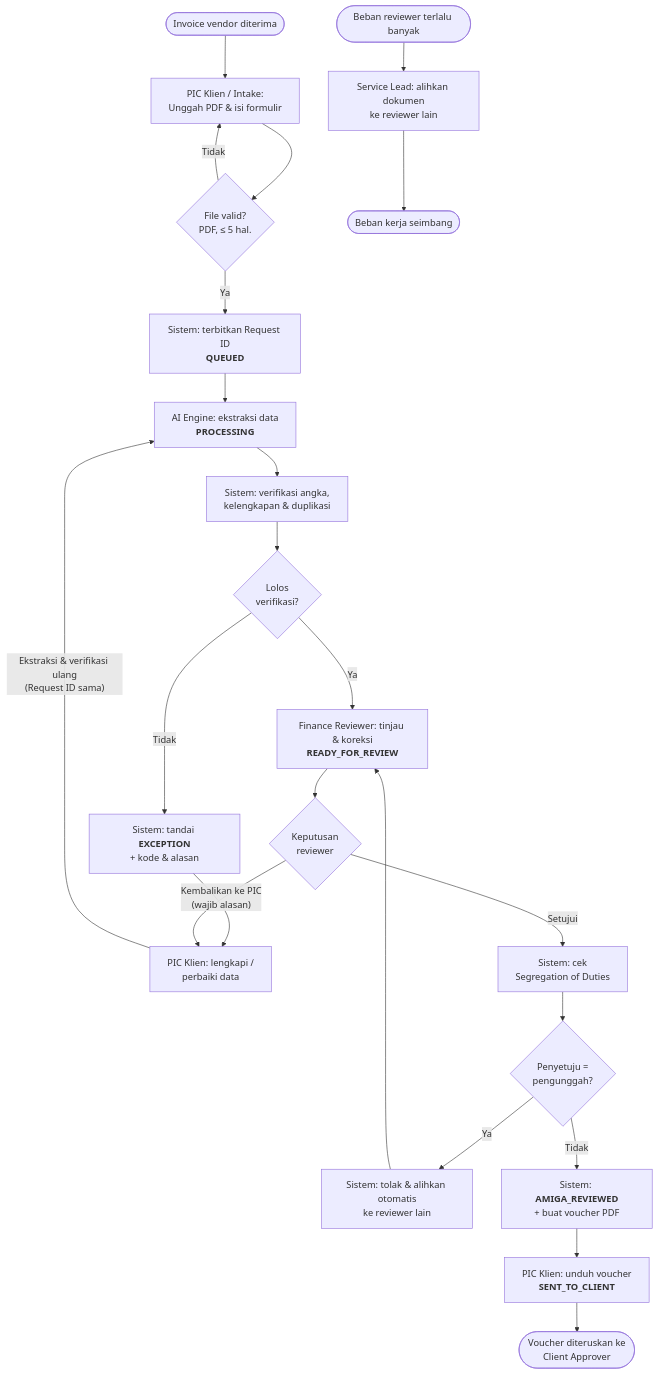
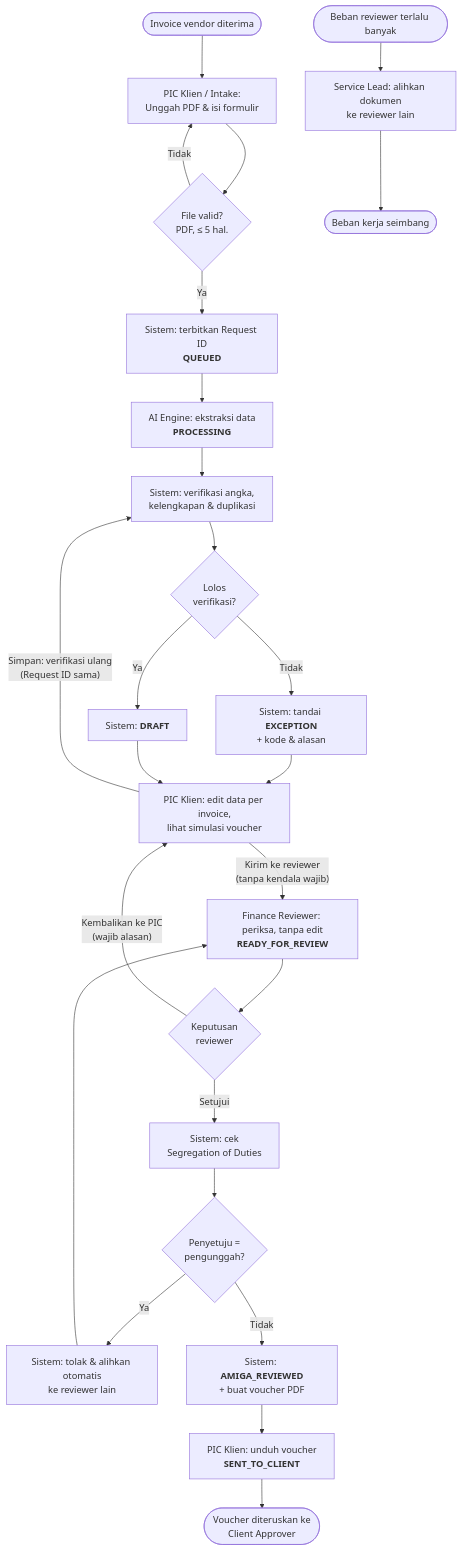
The diagram in README.md (halvrenvaire/AMIGA-ADMIN-ROBOT-TIM11-), drawn with Mermaid before and after one commit. The commit also changed other lines of this file and 25 other files, not shown here.

First line of the commit message:
feat: Tahap 3 feedback owner - alur draf, edit per invoice oleh PIC, simulasi voucher

````diff
--- a/README.md
+++ b/README.md
@@ -60,25 +60,26 @@
 ```mermaid
 flowchart TD
     S1([Invoice vendor diterima]) --> T1[PIC Klien / Intake:<br/>Unggah PDF & isi formulir]
     T1 --> G1{File valid?<br/>PDF, ≤ 5 hal.}
     G1 -- Tidak --> T1
     G1 -- Ya --> T2[Sistem: terbitkan Request ID<br/><b>QUEUED</b>]
     T2 --> T3[AI Engine: ekstraksi data<br/><b>PROCESSING</b>]
     T3 --> T4[Sistem: verifikasi angka,<br/>kelengkapan & duplikasi]
     T4 --> G2{Lolos<br/>verifikasi?}
     G2 -- Tidak --> T5[Sistem: tandai <b>EXCEPTION</b><br/>+ kode & alasan]
-    T5 --> T6[PIC Klien: lengkapi /<br/>perbaiki data]
-    T6 -- "Ekstraksi & verifikasi ulang<br/>(Request ID sama)" --> T3
-    G2 -- Ya --> T7[Finance Reviewer: tinjau & koreksi<br/><b>READY_FOR_REVIEW</b>]
+    T5 --> T6[PIC Klien: edit data per invoice,<br/>lihat simulasi voucher]
+    G2 -- Ya --> TD[Sistem: <b>DRAFT</b>] --> T6
+    T6 -- "Simpan: verifikasi ulang<br/>(Request ID sama)" --> T4
+    T6 -- "Kirim ke reviewer<br/>(tanpa kendala wajib)" --> T7[Finance Reviewer: periksa, tanpa edit<br/><b>READY_FOR_REVIEW</b>]
     T7 --> G3{Keputusan<br/>reviewer}
     G3 -- "Kembalikan ke PIC<br/>(wajib alasan)" --> T6
     G3 -- Setujui --> T8[Sistem: cek<br/>Segregation of Duties]
     T8 --> G4{Penyetuju =<br/>pengunggah?}
     G4 -- Ya --> T9[Sistem: tolak & alihkan otomatis<br/>ke reviewer lain]
     T9 --> T7
     G4 -- Tidak --> T11[Sistem: <b>AMIGA_REVIEWED</b><br/>+ buat voucher PDF]
     T11 --> T12[PIC Klien: unduh voucher<br/><b>SENT_TO_CLIENT</b>]
     T12 --> E1([Voucher diteruskan ke<br/>Client Approver])
 
     S2([Beban reviewer terlalu banyak]) --> T10[Service Lead: alihkan dokumen<br/>ke reviewer lain] --> E2([Beban kerja seimbang])
 ```
````
